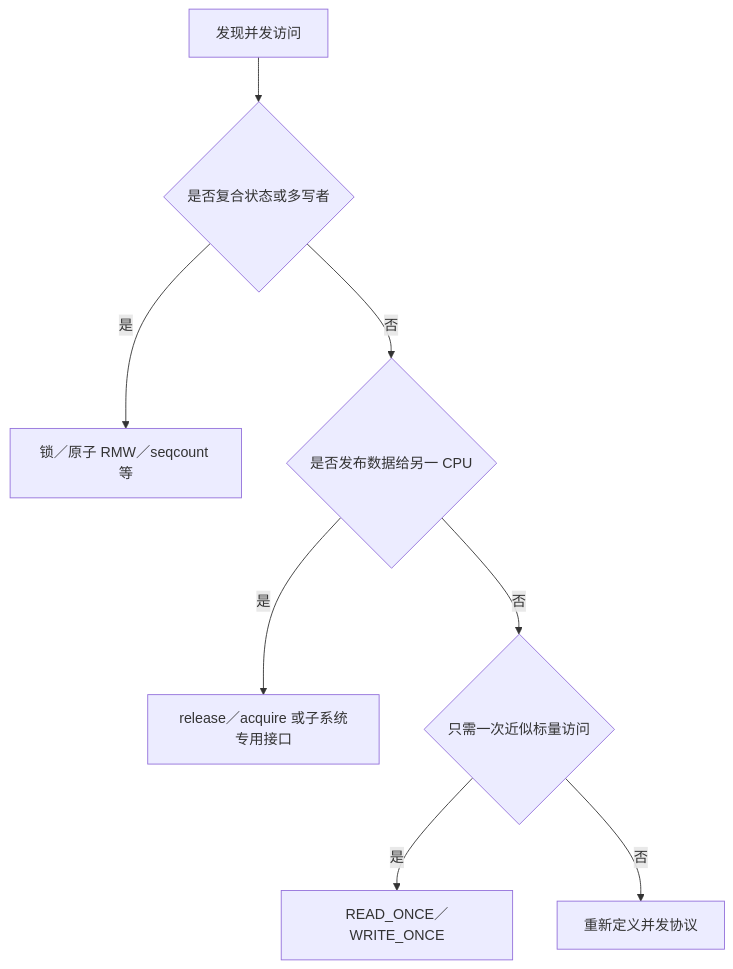
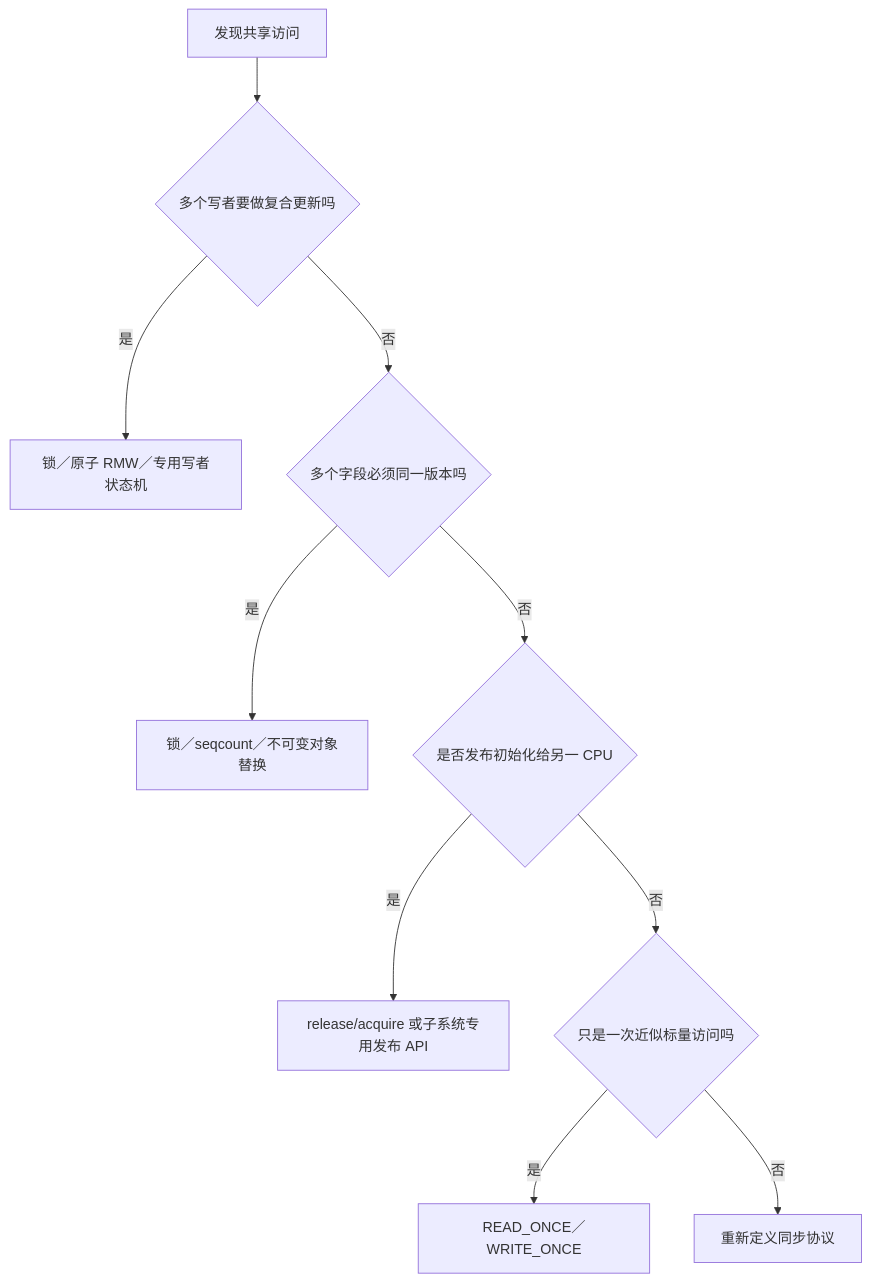
One commit to FormingSystem/linux_note changed the second of 2 diagrams in knowledge/linux/memory_ordering/P01_READ_WRITE_ONCE_与_SMP_内存顺序原语.md. Above: the diagram before and after it, drawn with Mermaid. The commit also changed other lines of this file and 25 other files, not shown here.

````diff
--- a/knowledge/linux/memory_ordering/P01_READ_WRITE_ONCE_与_SMP_内存顺序原语.md
+++ b/knowledge/linux/memory_ordering/P01_READ_WRITE_ONCE_与_SMP_内存顺序原语.md
@@ -153,10 +114,12 @@
 ```mermaid
 flowchart TD
-    A[发现并发访问] --> B{是否复合状态或多写者}
-    B -->|是| C[锁／原子 RMW／seqcount 等]
-    B -->|否| D{是否发布数据给另一 CPU}
-    D -->|是| E[release／acquire 或子系统专用接口]
-    D -->|否| F{只需一次近似标量访问}
-    F -->|是| G[READ_ONCE／WRITE_ONCE]
-    F -->|否| H[重新定义并发协议]
+    A[发现共享访问] --> B{多个写者要做复合更新吗}
+    B -->|是| C[锁／原子 RMW／专用写者状态机]
+    B -->|否| D{多个字段必须同一版本吗}
+    D -->|是| E[锁／seqcount／不可变对象替换]
+    D -->|否| F{是否发布初始化给另一 CPU}
+    F -->|是| G[release/acquire 或子系统专用发布 API]
+    F -->|否| H{只是一次近似标量访问吗}
+    H -->|是| I[READ_ONCE／WRITE_ONCE]
+    H -->|否| J[重新定义同步协议]
 ```
````
